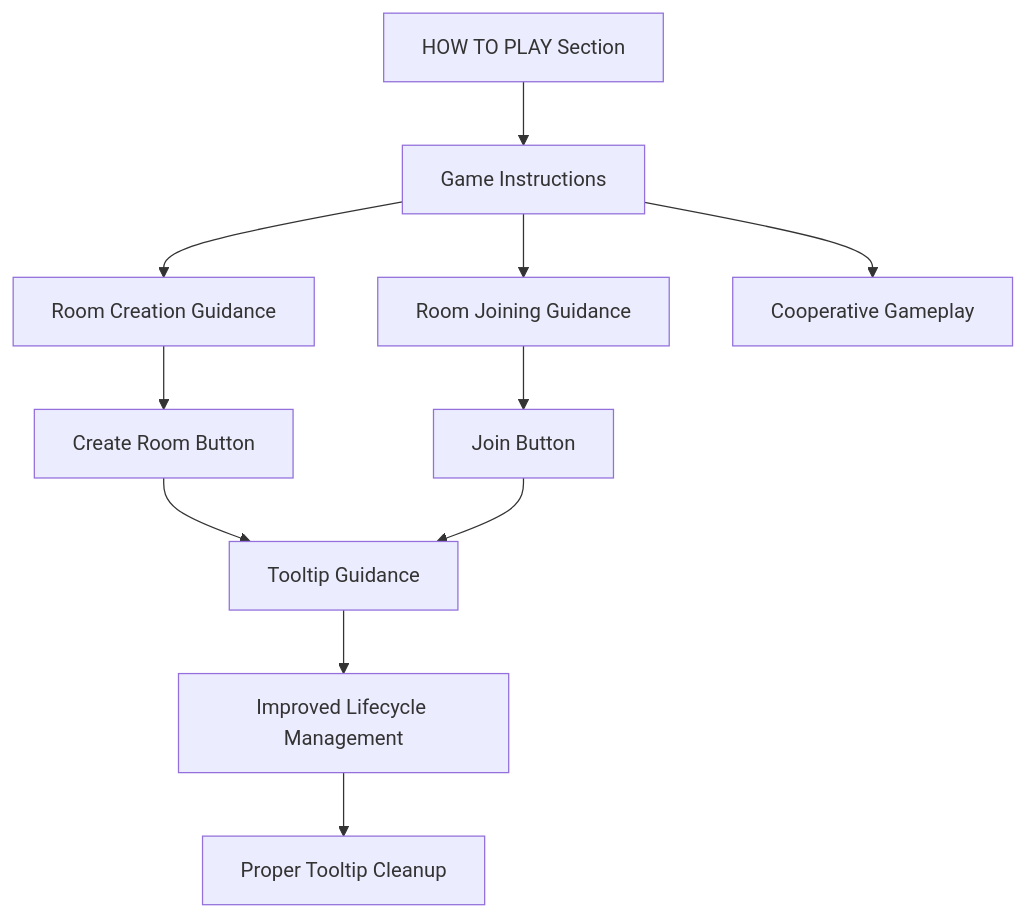
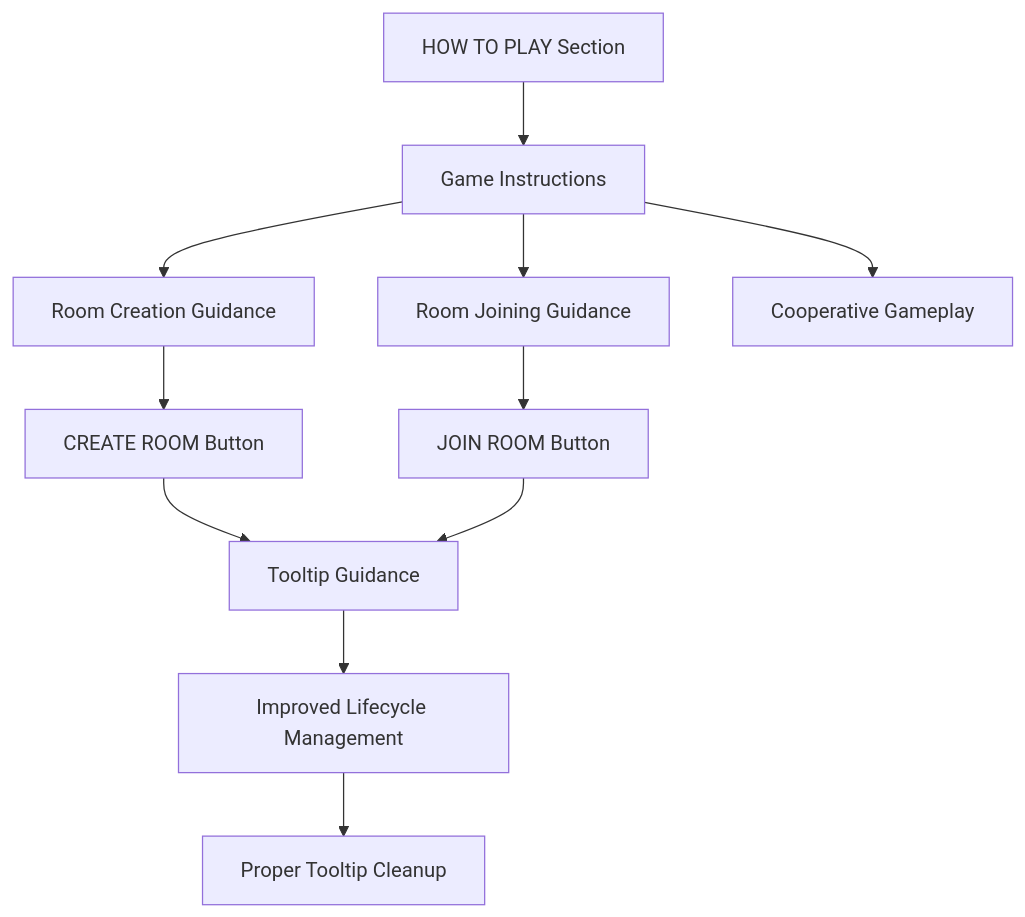
One commit to dkoukoul/escape-room-mvp changed diagram 13 of 15 in .qoder/repowiki/en/content/Lobby Screen.md. Above: the diagram before and after it, drawn with Mermaid. The commit also changed other lines of this file and 1 other file, not shown here.

````diff
--- a/.qoder/repowiki/en/content/Lobby Screen.md
+++ b/.qoder/repowiki/en/content/Lobby Screen.md
@@ -411,13 +643,13 @@
 ```mermaid
 flowchart TD
 HowToPlay[HOW TO PLAY Section] --> Instructions[Game Instructions]
 Instructions --> RoomCreation[Room Creation Guidance]
 Instructions --> RoomJoining[Room Joining Guidance]
 Instructions --> CoopMechanics[Cooperative Gameplay]
-RoomCreation --> CreateButton[Create Room Button]
-RoomJoining --> JoinButton[Join Button]
+RoomCreation --> CreateButton[CREATE ROOM Button]
+RoomJoining --> JoinButton[JOIN ROOM Button]
 CreateButton --> Tooltip[Tooltip Guidance]
 JoinButton --> Tooltip
 Tooltip --> Lifecycle[Improved Lifecycle Management]
 Lifecycle --> Cleanup[Proper Tooltip Cleanup]
 ```
````
